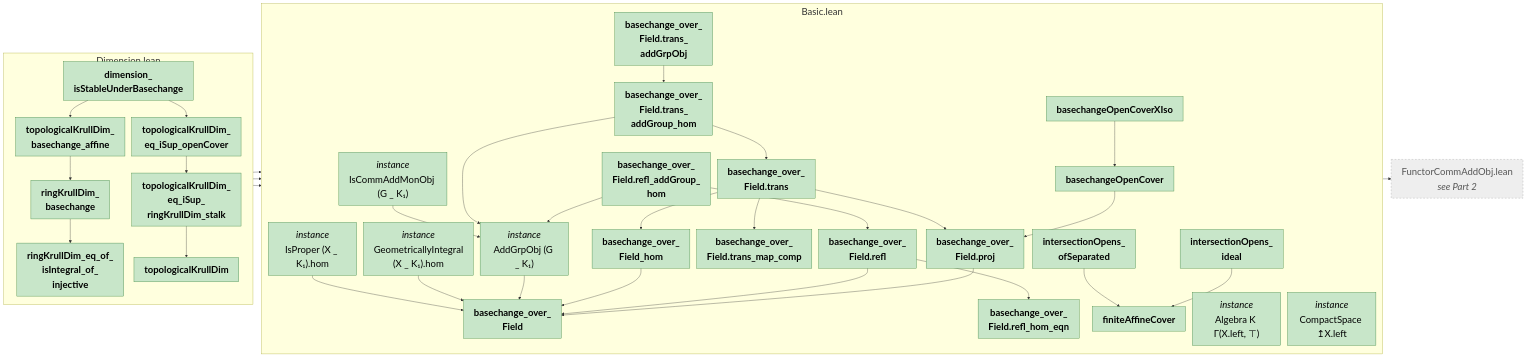
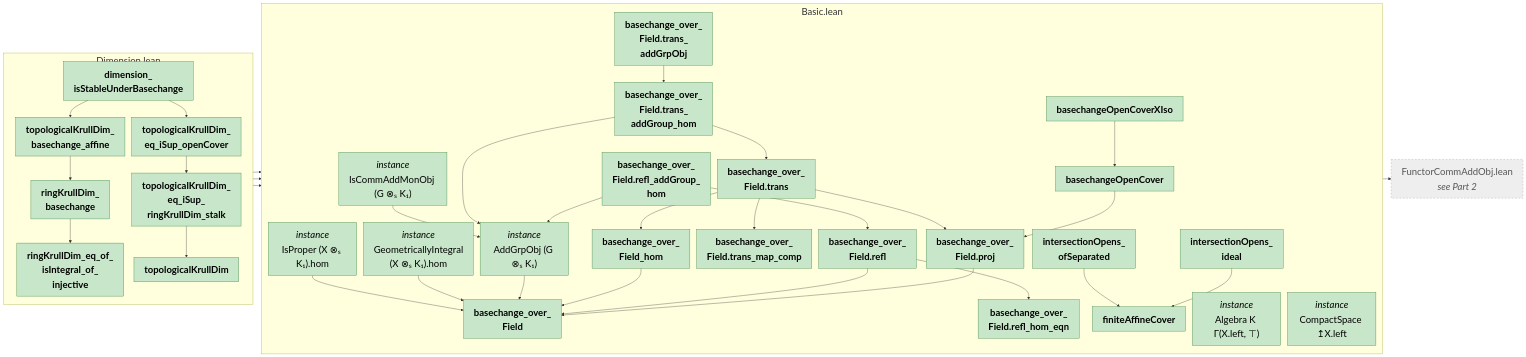
The third of 5 diagrams in CMAbelianVarieties/MindMapStep2.md (abhijitaj1997/CMAbelianVarieties), drawn with Mermaid before and after one commit. The commit also changed 16 other files, not shown here.

````diff
--- a/CMAbelianVarieties/MindMapStep2.md
+++ b/CMAbelianVarieties/MindMapStep2.md
@@ -246,77 +246,77 @@
 ```mermaid
 %%{init: {"flowchart": {"useMaxWidth": false, "rankSpacing": 25, "nodeSpacing": 20}, "themeVariables": {"fontSize": "28px"}}}%%
 graph LR
   subgraph m_CMAbelianVarieties_AlgebraicGeometry_Basic["Basic.lean"]
     direction TB
     n_basechangeOpenCover["<b>basechangeOpenCover</b>"]
     n_basechangeOpenCoverXIso["<b>basechangeOpenCoverXIso</b>"]
     n_basechange_over_Field["<b>basechange_over_<br/>Field</b>"]
     n_basechange_over_Field_proj["<b>basechange_over_<br/>Field.proj</b>"]
     n_basechange_over_Field_refl["<b>basechange_over_<br/>Field.refl</b>"]
     n_basechange_over_Field_refl_addGroup_hom["<b>basechange_over_<br/>Field.refl_addGroup_<br/>hom</b>"]
     n_basechange_over_Field_refl_hom_eqn["<b>basechange_over_<br/>Field.refl_hom_eqn</b>"]
     n_basechange_over_Field_trans["<b>basechange_over_<br/>Field.trans</b>"]
     n_basechange_over_Field_trans_addGroup_hom["<b>basechange_over_<br/>Field.trans_<br/>addGroup_hom</b>"]
     n_basechange_over_Field_trans_addGrpObj["<b>basechange_over_<br/>Field.trans_<br/>addGrpObj</b>"]
     n_basechange_over_Field_trans_map_comp["<b>basechange_over_<br/>Field.trans_map_comp</b>"]
     n_basechange_over_Field_hom["<b>basechange_over_<br/>Field_hom</b>"]
     n_finiteAffineCover["<b>finiteAffineCover</b>"]
-    n_instAddGrpObjOverSchemeSpecOfBasechange_over_Field["<i>instance</i><br/>AddGrpObj (G _ K₁)"]
+    n_instAddGrpObjOverSchemeSpecOfBasechange_over_Field["<i>instance</i><br/>AddGrpObj (G ⊗ₛ K₁)"]
     n_instAlgebraCarrierObjOppositeOpensCarrierCarrierCommRingCatLeftSchemePresheafOpOpensTop_cMAbelianVarieties["<i>instance</i><br/>Algebra K Γ(X.left, ⊤)"]
     n_instCompactSpaceCarrierCarrierCommRingCatLeftSchemeOfIsProperHom_cMAbelianVarieties["<i>instance</i><br/>CompactSpace ↥X.left"]
-    n_instGeometricallyIntegralHomSchemeBasechange_over_Field["<i>instance</i><br/>GeometricallyIntegral<br/>(X _ K₁).hom"]
-    n_instIsCommAddMonObjOverSchemeSpecOfBasechange_over_Field["<i>instance</i><br/>IsCommAddMonObj (G _ K₁)"]
-    n_instIsProperHomSchemeBasechange_over_Field["<i>instance</i><br/>IsProper (X _ K₁).hom"]
+    n_instGeometricallyIntegralHomSchemeBasechange_over_Field["<i>instance</i><br/>GeometricallyIntegral<br/>(X ⊗ₛ K₁).hom"]
+    n_instIsCommAddMonObjOverSchemeSpecOfBasechange_over_Field["<i>instance</i><br/>IsCommAddMonObj (G ⊗ₛ K₁)"]
+    n_instIsProperHomSchemeBasechange_over_Field["<i>instance</i><br/>IsProper (X ⊗ₛ K₁).hom"]
     n_intersectionOpens_ideal["<b>intersectionOpens_<br/>ideal</b>"]
     n_intersectionOpens_ofSeparated["<b>intersectionOpens_<br/>ofSeparated</b>"]
   end
   subgraph m_CMAbelianVarieties_AlgebraicGeometry_Dimension["Dimension.lean"]
     direction TB
     n_dimension_isStableUnderBasechange["<b>dimension_<br/>isStableUnderBasechange</b>"]
     n_ringKrullDim_basechange["<b>ringKrullDim_<br/>basechange</b>"]
     n_ringKrullDim_eq_of_isIntegral_of_injective["<b>ringKrullDim_eq_of_<br/>isIntegral_of_<br/>injective</b>"]
     n_topologicalKrullDim["<b>topologicalKrullDim</b>"]
     n_topologicalKrullDim_basechange_affine["<b>topologicalKrullDim_<br/>basechange_affine</b>"]
     n_topologicalKrullDim_eq_iSup_openCover["<b>topologicalKrullDim_<br/>eq_iSup_openCover</b>"]
     n_topologicalKrullDim_eq_iSup_ringKrullDim_stalk["<b>topologicalKrullDim_<br/>eq_iSup_<br/>ringKrullDim_stalk</b>"]
   end
   x_CMAbelianVarieties_ForMathlib_FunctorCommAddObj["FunctorCommAddObj.lean<br/><i>see Part 2</i>"]
 
   n_basechangeOpenCover --> n_basechange_over_Field_proj
   n_basechangeOpenCoverXIso --> n_basechangeOpenCover
   n_basechange_over_Field_proj --> n_basechange_over_Field
   n_basechange_over_Field_refl --> n_basechange_over_Field
   n_basechange_over_Field_refl --> n_basechange_over_Field_refl_hom_eqn
   n_basechange_over_Field_refl_addGroup_hom --> n_basechange_over_Field_refl
   n_basechange_over_Field_refl_addGroup_hom --> n_instAddGrpObjOverSchemeSpecOfBasechange_over_Field
   n_basechange_over_Field_trans --> n_basechange_over_Field_hom
   n_basechange_over_Field_trans --> n_basechange_over_Field_proj
   n_basechange_over_Field_trans --> n_basechange_over_Field_trans_map_comp
   n_basechange_over_Field_trans_addGroup_hom --> n_basechange_over_Field_trans
   n_basechange_over_Field_trans_addGroup_hom --> n_instAddGrpObjOverSchemeSpecOfBasechange_over_Field
   n_basechange_over_Field_trans_addGrpObj --> n_basechange_over_Field_trans_addGroup_hom
   n_basechange_over_Field_hom --> n_basechange_over_Field
   n_dimension_isStableUnderBasechange --> n_basechangeOpenCoverXIso
   n_dimension_isStableUnderBasechange --> n_topologicalKrullDim_basechange_affine
   n_dimension_isStableUnderBasechange --> n_topologicalKrullDim_eq_iSup_openCover
   n_instAddGrpObjOverSchemeSpecOfBasechange_over_Field --> n_basechange_over_Field
   n_instGeometricallyIntegralHomSchemeBasechange_over_Field --> n_basechange_over_Field
   n_instIsCommAddMonObjOverSchemeSpecOfBasechange_over_Field --> n_instAddGrpObjOverSchemeSpecOfBasechange_over_Field
   n_instIsCommAddMonObjOverSchemeSpecOfBasechange_over_Field --> x_CMAbelianVarieties_ForMathlib_FunctorCommAddObj
   n_instIsProperHomSchemeBasechange_over_Field --> n_basechange_over_Field
   n_intersectionOpens_ideal --> n_finiteAffineCover
   n_intersectionOpens_ofSeparated --> n_finiteAffineCover
   n_ringKrullDim_basechange --> n_ringKrullDim_eq_of_isIntegral_of_injective
   n_topologicalKrullDim_basechange_affine --> n_basechange_over_Field
   n_topologicalKrullDim_basechange_affine --> n_instAlgebraCarrierObjOppositeOpensCarrierCarrierCommRingCatLeftSchemePresheafOpOpensTop_cMAbelianVarieties
   n_topologicalKrullDim_basechange_affine --> n_ringKrullDim_basechange
   n_topologicalKrullDim_eq_iSup_openCover --> n_topologicalKrullDim_eq_iSup_ringKrullDim_stalk
   n_topologicalKrullDim_eq_iSup_ringKrullDim_stalk --> n_topologicalKrullDim
 
   classDef ok fill:#c8e6c9,stroke:#2e7d32,color:#000
   classDef bad fill:#ffcdd2,stroke:#c62828,color:#000
   classDef main fill:#ffd54f,stroke:#b8860b,stroke-width:3px,color:#000
   classDef ext fill:#eeeeee,stroke:#9e9e9e,stroke-dasharray:5 5,color:#555
   class n_basechangeOpenCover,n_basechangeOpenCoverXIso,n_basechange_over_Field,n_basechange_over_Field_proj,n_basechange_over_Field_refl,n_basechange_over_Field_refl_addGroup_hom,n_basechange_over_Field_refl_hom_eqn,n_basechange_over_Field_trans,n_basechange_over_Field_trans_addGroup_hom,n_basechange_over_Field_trans_addGrpObj,n_basechange_over_Field_trans_map_comp,n_basechange_over_Field_hom,n_dimension_isStableUnderBasechange,n_finiteAffineCover,n_instAddGrpObjOverSchemeSpecOfBasechange_over_Field,n_instAlgebraCarrierObjOppositeOpensCarrierCarrierCommRingCatLeftSchemePresheafOpOpensTop_cMAbelianVarieties,n_instCompactSpaceCarrierCarrierCommRingCatLeftSchemeOfIsProperHom_cMAbelianVarieties,n_instGeometricallyIntegralHomSchemeBasechange_over_Field,n_instIsCommAddMonObjOverSchemeSpecOfBasechange_over_Field,n_instIsProperHomSchemeBasechange_over_Field,n_intersectionOpens_ideal,n_intersectionOpens_ofSeparated,n_ringKrullDim_basechange,n_ringKrullDim_eq_of_isIntegral_of_injective,n_topologicalKrullDim,n_topologicalKrullDim_basechange_affine,n_topologicalKrullDim_eq_iSup_openCover,n_topologicalKrullDim_eq_iSup_ringKrullDim_stalk ok
   class x_CMAbelianVarieties_ForMathlib_FunctorCommAddObj ext
 ```
````
